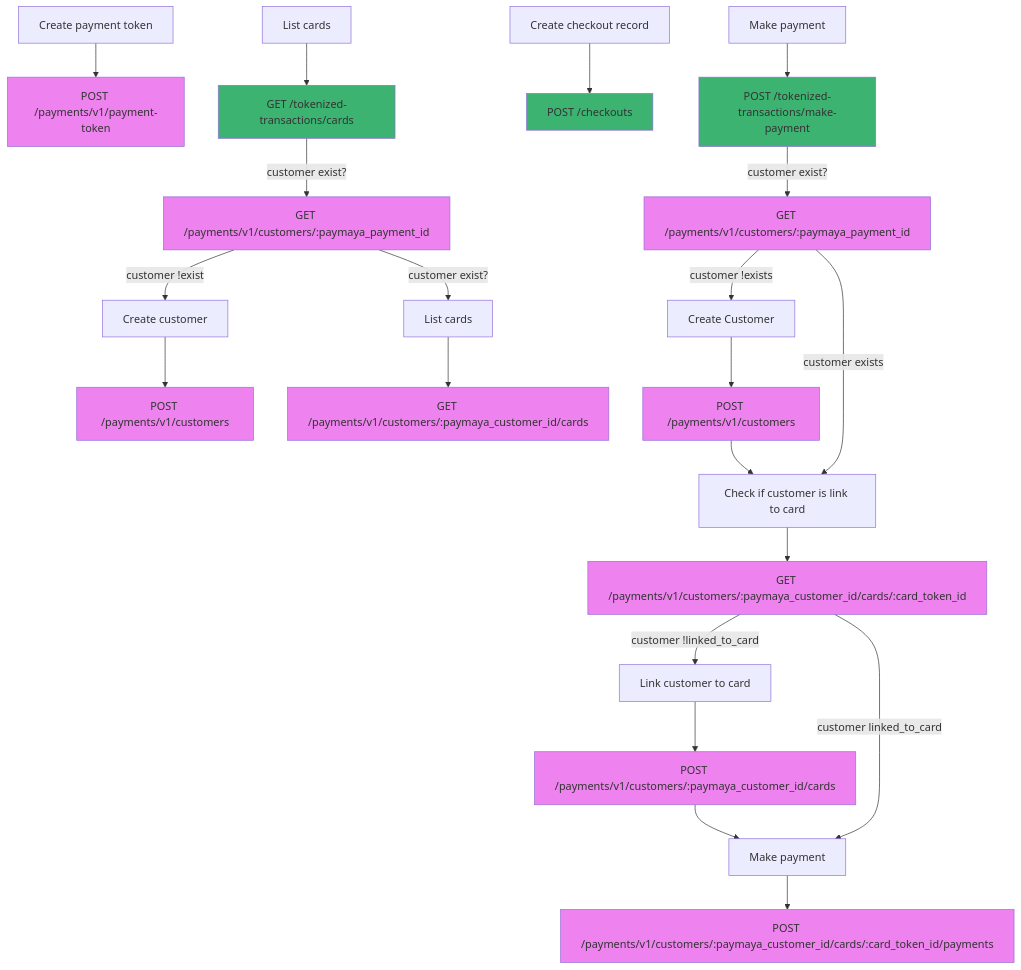
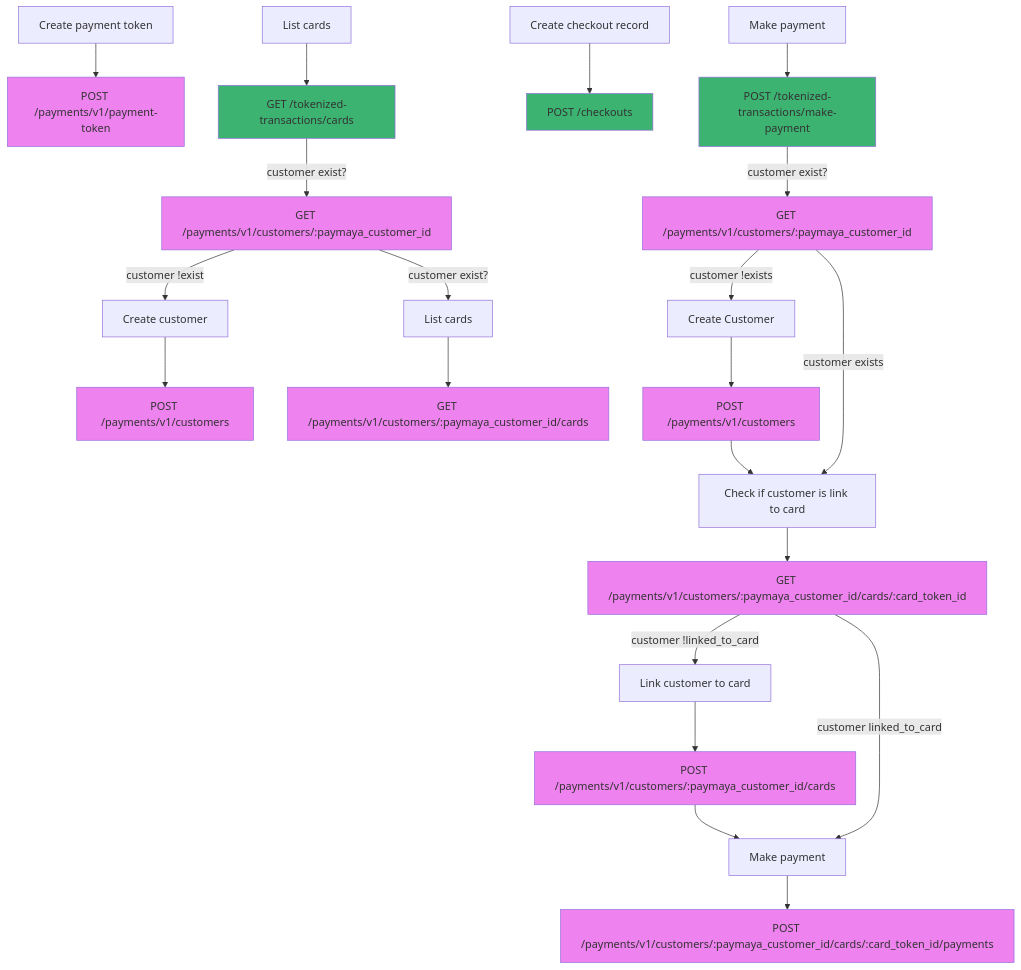
The diagram in maya-payment-card-flow.md (israelcoper/mermaid-diagram), drawn with Mermaid before and after one commit.

````diff
--- a/maya-payment-card-flow.md
+++ b/maya-payment-card-flow.md
@@ -2,38 +2,38 @@
 ```mermaid
 ---
 title:
 ---
 flowchart TB;
     style A1 fill:#ee82ee
     style B1 fill:#3cb371
     style E1 fill:#3cb371
     style F1 fill:#3cb371
     style F2 fill:#ee82ee
     style C fill:#ee82ee
     style D1 fill:#ee82ee
     style D3 fill:#ee82ee
     style G1 fill:#ee82ee
     style H0 fill:#ee82ee
     style H3 fill:#ee82ee
     style H4 fill:#ee82ee
     A0[Create payment token]-->A1[POST /payments/v1/payment-token];
     B0[List cards]-->B1[GET /tokenized-transactions/cards];
-    B1-- customer exist? -->C[GET /payments/v1/customers/:paymaya_payment_id];
+    B1-- customer exist? -->C[GET /payments/v1/customers/:paymaya_customer_id];
     C-- customer !exist -->D0[Create customer];
     D0-->D1[POST /payments/v1/customers];
     C-- customer exist? -->D2[List cards];
     D2-->D3[GET /payments/v1/customers/:paymaya_customer_id/cards]
     E0[Create checkout record]-->E1[POST /checkouts];
     FO[Make payment]-->F1[POST /tokenized-transactions/make-payment];
-    F1-- customer exist? -->F2[GET /payments/v1/customers/:paymaya_payment_id];
+    F1-- customer exist? -->F2[GET /payments/v1/customers/:paymaya_customer_id];
     F2-- customer !exists -->G0[Create Customer];
     G0-->G1[POST /payments/v1/customers];
     G1-->G2[Check if customer is link to card];
     F2-- customer exists -->G2;
     G2-->H0[GET /payments/v1/customers/:paymaya_customer_id/cards/:card_token_id]
     H0-- customer !linked_to_card -->H1[Link customer to card];
     H1-->H4[POST /payments/v1/customers/:paymaya_customer_id/cards];
     H4-->H2;
     H0-- customer linked_to_card -->H2[Make payment];
     H2-->H3[POST /payments/v1/customers/:paymaya_customer_id/cards/:card_token_id/payments]
 ```
````
